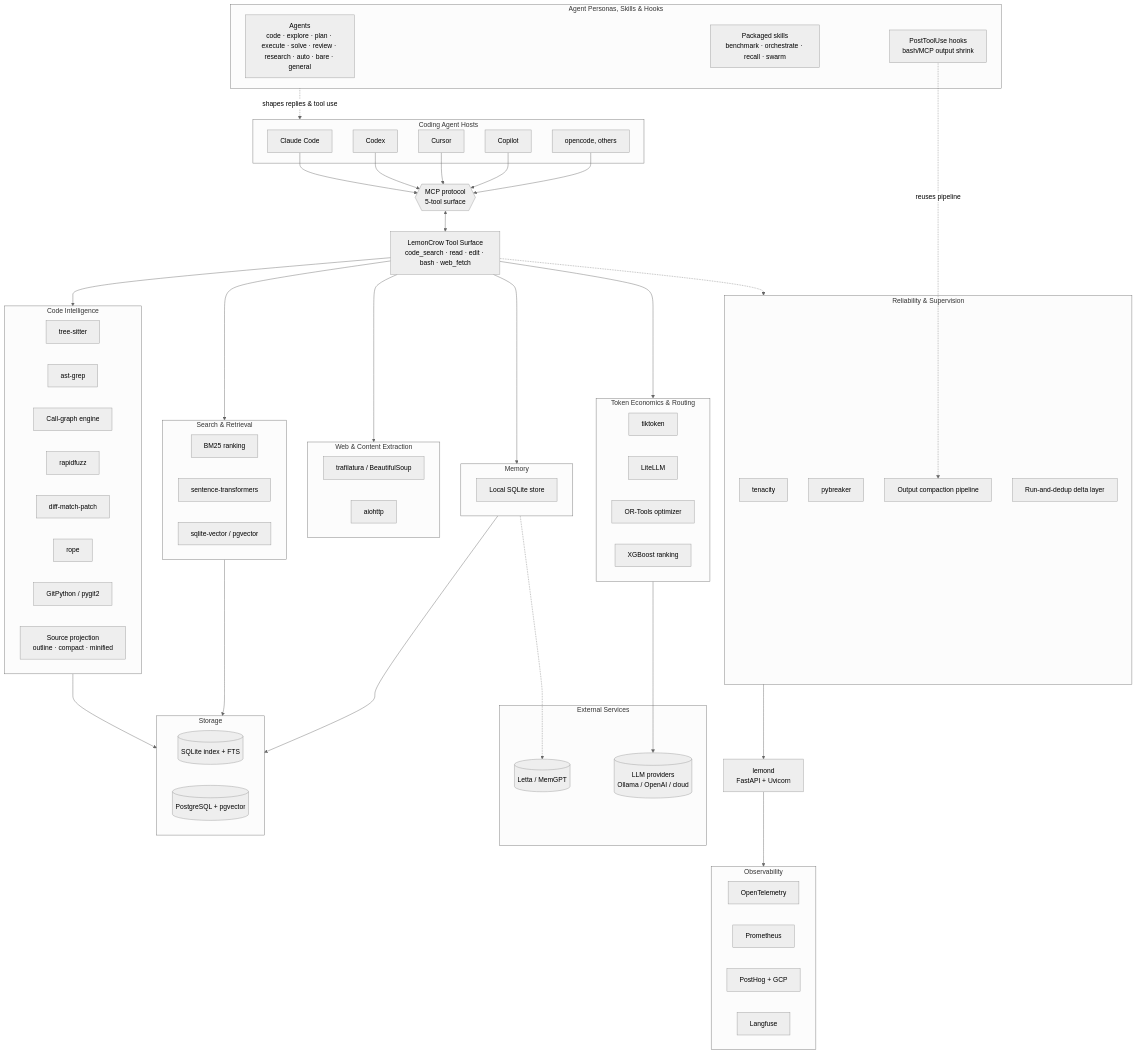
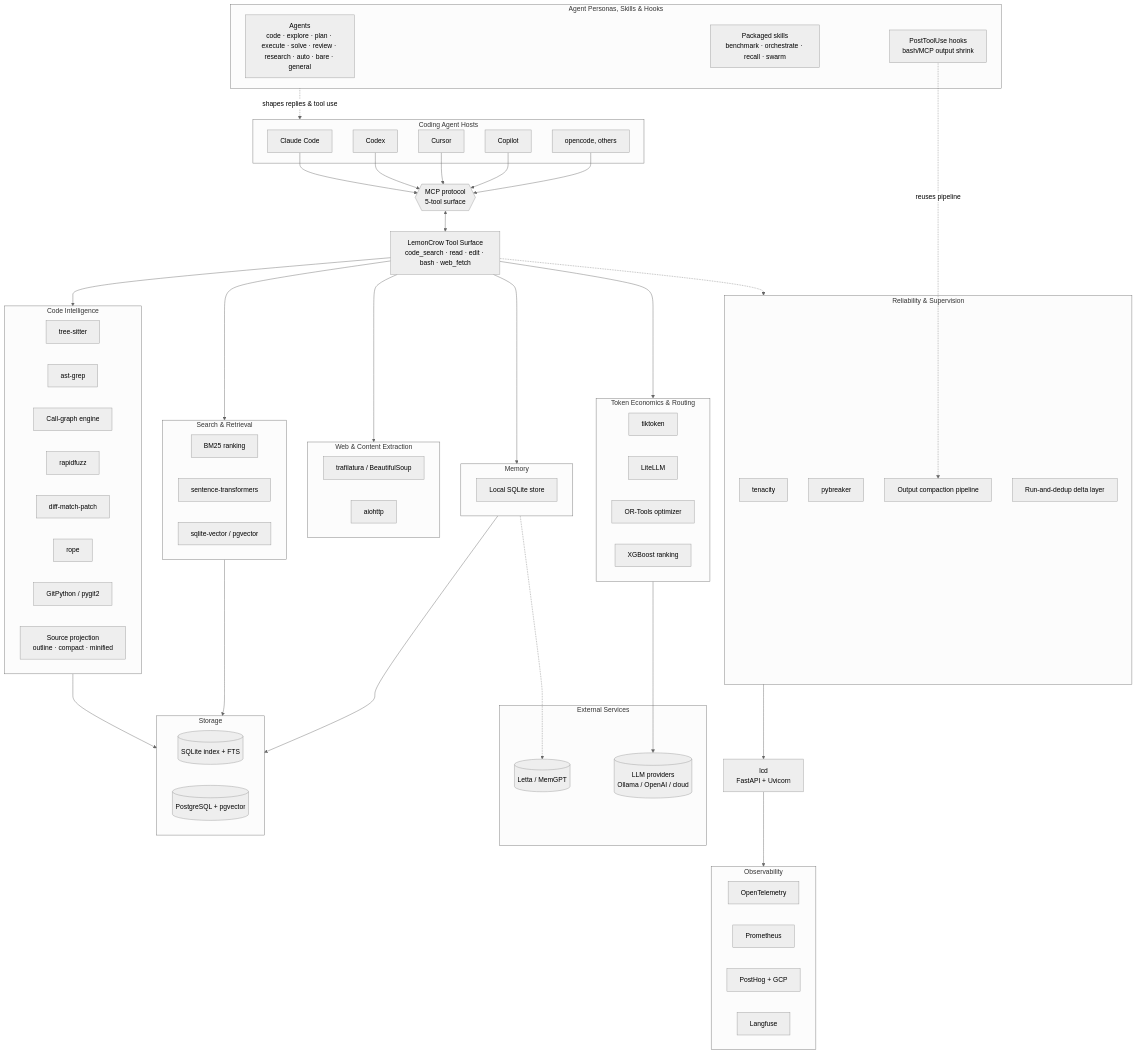
Before and after one commit to lemoncrow-lab/lemoncrow: the diagram in docs/architecture.md, drawn with Mermaid (neutral theme). The commit also changed other lines of this file and 399 other files, not shown here.

```diff
--- a/docs/architecture.md
+++ b/docs/architecture.md
@@ -63,7 +63,7 @@
         Dedup["Run-and-dedup delta layer"]
     end
 
-    Daemon["lemond<br/>FastAPI + Uvicorn"]
+    Daemon["lcd<br/>FastAPI + Uvicorn"]
 
     subgraph Storage["Storage"]
         SQLite[("SQLite index + FTS")]
```
